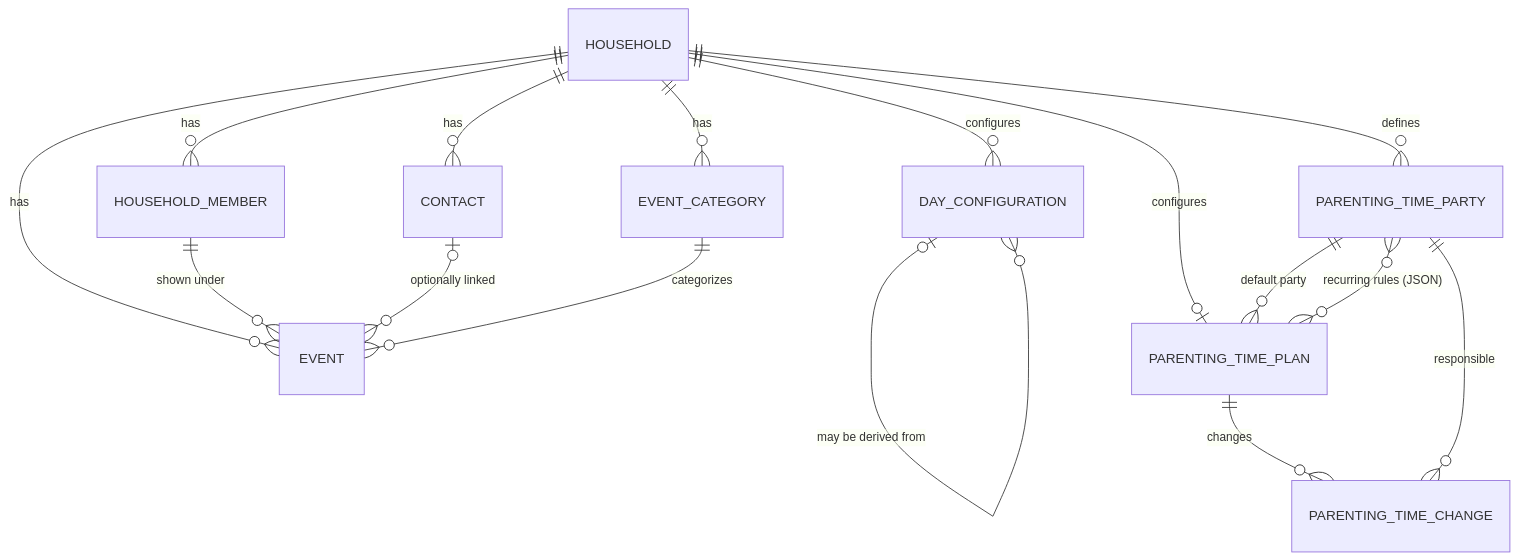
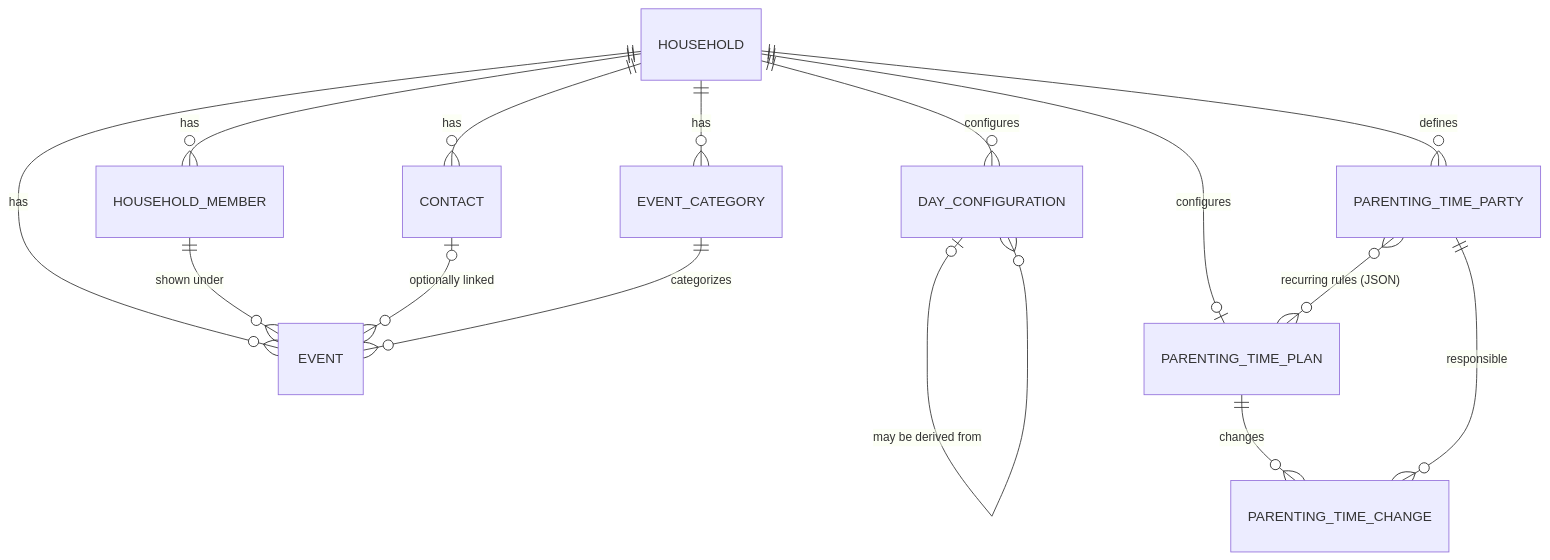
The diagram in docs/DATA_MODEL.md (ivoarnet/family-butler-v2), drawn with Mermaid before and after one commit. The commit also changed other lines of this file and 4 other files, not shown here.

Commit message:
Require explicit parenting-time party rules

````diff
--- a/docs/DATA_MODEL.md
+++ b/docs/DATA_MODEL.md
@@ -15,18 +15,17 @@
 ```mermaid
 erDiagram
     HOUSEHOLD ||--o{ HOUSEHOLD_MEMBER : has
     HOUSEHOLD ||--o{ CONTACT : has
     HOUSEHOLD ||--o{ EVENT_CATEGORY : has
     HOUSEHOLD ||--o{ EVENT : has
     HOUSEHOLD ||--o{ DAY_CONFIGURATION : configures
     HOUSEHOLD ||--o{ PARENTING_TIME_PARTY : defines
     HOUSEHOLD ||--o| PARENTING_TIME_PLAN : configures
-    PARENTING_TIME_PARTY ||--o{ PARENTING_TIME_PLAN : "default party"
     PARENTING_TIME_PLAN ||--o{ PARENTING_TIME_CHANGE : changes
     PARENTING_TIME_PARTY ||--o{ PARENTING_TIME_CHANGE : responsible
     HOUSEHOLD_MEMBER ||--o{ EVENT : "shown under"
     CONTACT o|--o{ EVENT : "optionally linked"
     EVENT_CATEGORY ||--o{ EVENT : categorizes
     DAY_CONFIGURATION o|--o{ DAY_CONFIGURATION : "may be derived from"
     PARENTING_TIME_PARTY }o--o{ PARENTING_TIME_PLAN : "recurring rules (JSON)"
 ```
````
